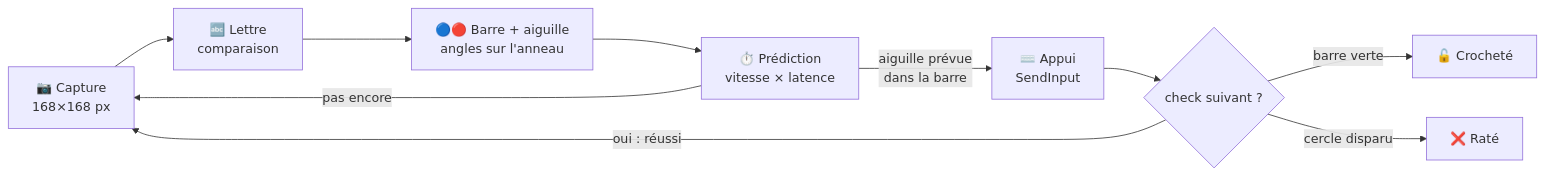
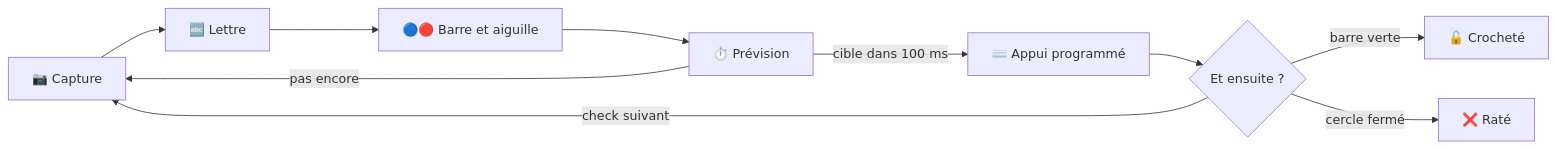
Before and after one commit to vortexturize-ai/Crochetage: the diagram in README.md, drawn with Mermaid. The commit also changed other lines of this file and 12 other files, not shown here.

````diff
--- a/README.md
+++ b/README.md
@@ -71,12 +191,12 @@
 ```mermaid
 flowchart LR
-    A["📷 Capture<br/>168×168 px"] --> B["🔤 Lettre<br/>comparaison"]
-    B --> C["🔵🔴 Barre + aiguille<br/>angles sur l'anneau"]
-    C --> D["⏱️ Prédiction<br/>vitesse × latence"]
-    D -->|"aiguille prévue<br/>dans la barre"| E["⌨️ Appui<br/>SendInput"]
+    A["📷 Capture"] --> B["🔤 Lettre"]
+    B --> C["🔵🔴 Barre et aiguille"]
+    C --> D["⏱️ Prévision"]
+    D -->|"cible dans 100 ms"| E["⌨️ Appui programmé"]
     D -->|"pas encore"| A
-    E --> F{"check suivant ?"}
-    F -->|"oui : réussi"| A
+    E --> F{"Et ensuite ?"}
+    F -->|"check suivant"| A
     F -->|"barre verte"| G["🔓 Crocheté"]
-    F -->|"cercle disparu"| H["❌ Raté"]
+    F -->|"cercle fermé"| H["❌ Raté"]
 ```
````
